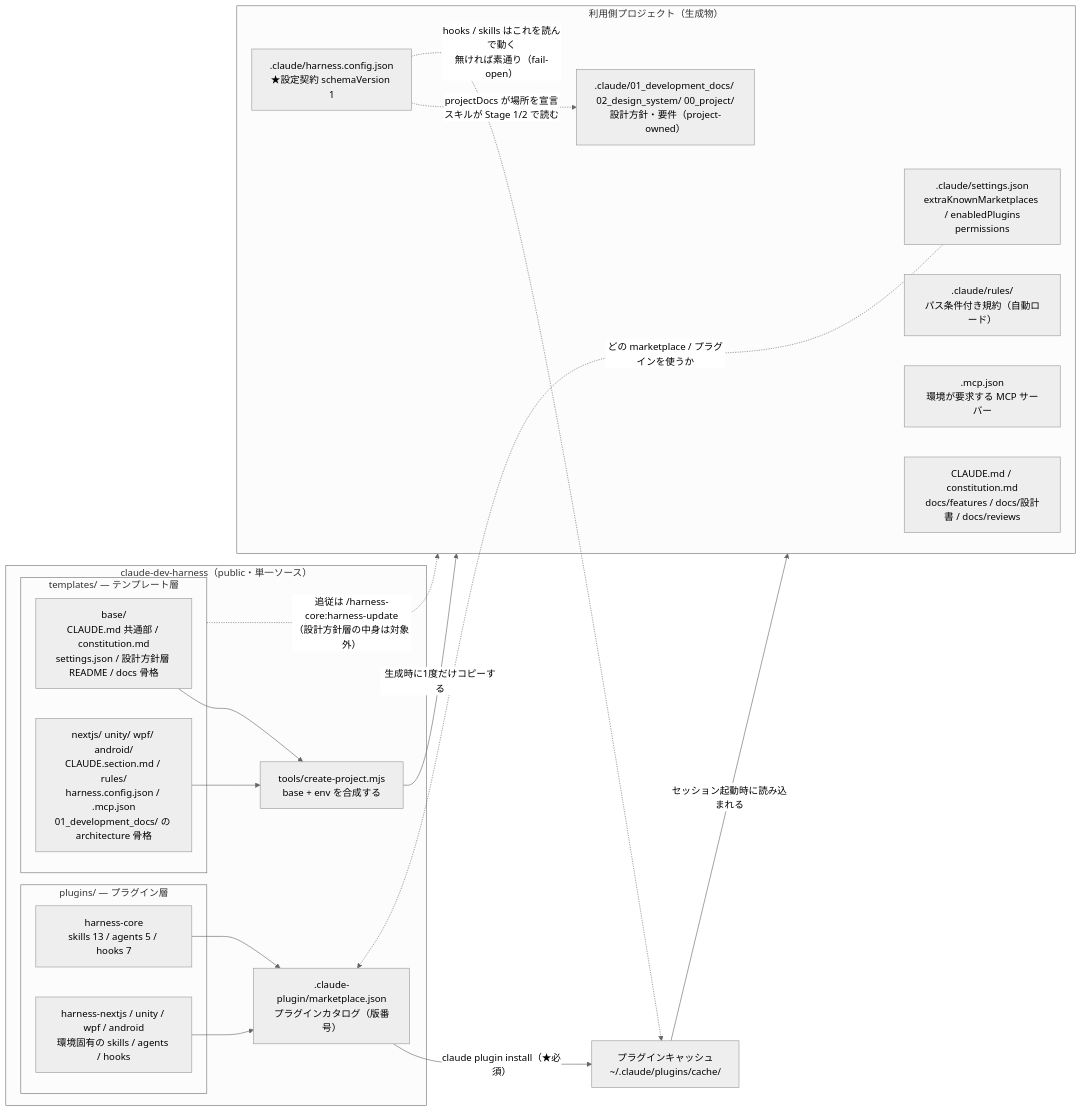
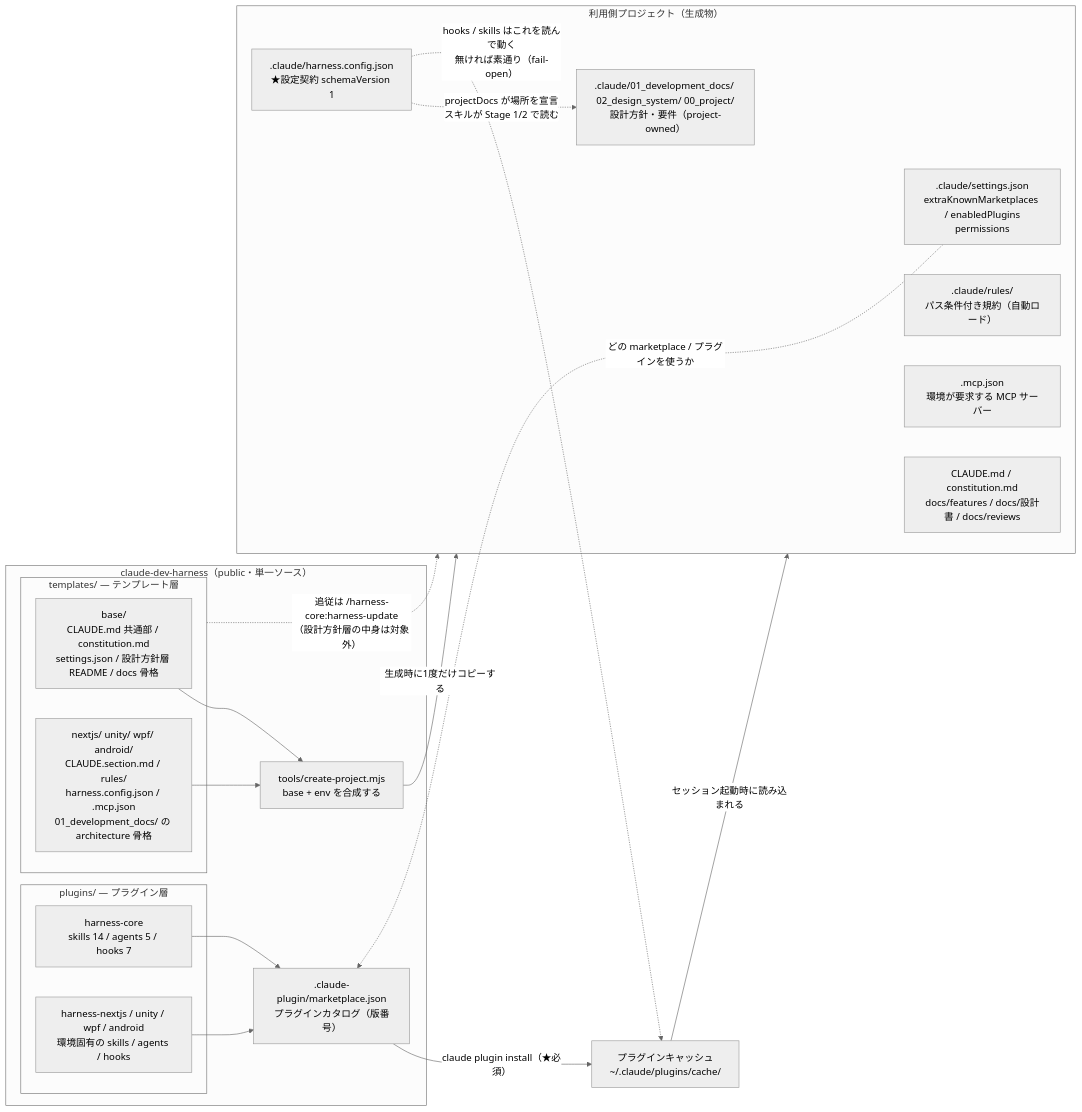
The diagram in docs/diagrams/01_全体アーキテクチャ図.md (mizuta0711/claude-dev-harness), drawn with Mermaid (neutral theme) before and after one commit. The commit also changed other lines of this file and 9 other files, not shown here.

````diff
--- a/docs/diagrams/01_全体アーキテクチャ図.md
+++ b/docs/diagrams/01_全体アーキテクチャ図.md
@@ -31,40 +31,40 @@
 ```mermaid
 flowchart LR
     subgraph REPO["claude-dev-harness（public・単一ソース）"]
         MP[".claude-plugin/marketplace.json<br/>プラグインカタログ（版番号）"]
         subgraph PLUGINS["plugins/ — プラグイン層"]
-            CORE["harness-core<br/>skills 13 / agents 5 / hooks 7"]
+            CORE["harness-core<br/>skills 14 / agents 5 / hooks 7"]
             ENVP["harness-nextjs / unity / wpf / android<br/>環境固有の skills / agents / hooks"]
         end
         subgraph TEMPL["templates/ — テンプレート層"]
             TB["base/<br/>CLAUDE.md 共通部 / constitution.md<br/>settings.json / 設計方針層 README / docs 骨格"]
             TE["nextjs/ unity/ wpf/ android/<br/>CLAUDE.section.md / rules/<br/>harness.config.json / .mcp.json<br/>01_development_docs/ の architecture 骨格"]
         end
         TOOL["tools/create-project.mjs<br/>base + env を合成する"]
     end
 
     CACHE["プラグインキャッシュ<br/>~/.claude/plugins/cache/"]
 
     subgraph PROJ["利用側プロジェクト（生成物）"]
         SET[".claude/settings.json<br/>extraKnownMarketplaces / enabledPlugins<br/>permissions"]
         CFG[".claude/harness.config.json<br/>★設定契約 schemaVersion 1"]
         RUL[".claude/rules/<br/>パス条件付き規約（自動ロード）"]
         PPOL[".claude/01_development_docs/ 02_design_system/ 00_project/<br/>設計方針・要件（project-owned）"]
         MCPJ[".mcp.json<br/>環境が要求する MCP サーバー"]
         PDOC["CLAUDE.md / constitution.md<br/>docs/features / docs/設計書 / docs/reviews"]
     end
 
     CORE --> MP
     ENVP --> MP
     TB --> TOOL
     TE --> TOOL
 
     MP -->|"claude plugin install（★必須）"| CACHE
     CACHE -->|"セッション起動時に読み込まれる"| PROJ
     TOOL -->|"生成時に1度だけコピーする"| PROJ
     TEMPL -.->|"追従は /harness-core:harness-update<br/>（設計方針層の中身は対象外）"| PROJ
     CFG -.->|"projectDocs が場所を宣言<br/>スキルが Stage 1/2 で読む"| PPOL
 
     CFG -.->|"hooks / skills はこれを読んで動く<br/>無ければ素通り（fail-open）"| CACHE
     SET -.->|"どの marketplace / プラグインを使うか"| MP
 ```
````
